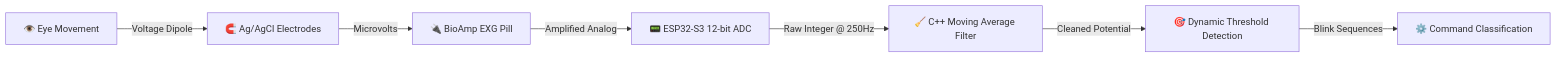
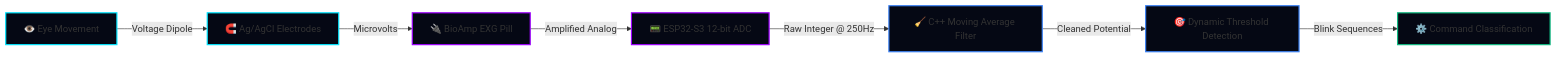
The first of 4 diagrams in README.md (developer-gaurang/NuroNode-AI), drawn with Mermaid before and after one commit. The commit also changed other lines of this file and 3 other files, not shown here.

Commit message:
docs: upgrade README with high-fidelity system architecture, animated HUD hero, and roadmap SVGs

````diff
--- a/README.md
+++ b/README.md
@@ -113,9 +88,16 @@
 ```mermaid
 graph LR
     Eye[👁️ Eye Movement] -->|Voltage Dipole| Elec[🧲 Ag/AgCl Electrodes]
     Elec -->|Microvolts| Amp[🔌 BioAmp EXG Pill]
     Amp -->|Amplified Analog| ADC[📟 ESP32-S3 12-bit ADC]
     ADC -->|Raw Integer @ 250Hz| Filter[🧹 C++ Moving Average Filter]
     Filter -->|Cleaned Potential| Detection[🎯 Dynamic Threshold Detection]
     Detection -->|Blink Sequences| Engine[⚙️ Command Classification]
+    style Eye fill:#050814,stroke:#00E5FF,stroke-width:2px;
+    style Elec fill:#050814,stroke:#00E5FF,stroke-width:2px;
+    style Amp fill:#050814,stroke:#9E00FF,stroke-width:2px;
+    style ADC fill:#050814,stroke:#9E00FF,stroke-width:2px;
+    style Filter fill:#050814,stroke:#3B82F6,stroke-width:2px;
+    style Detection fill:#050814,stroke:#3B82F6,stroke-width:2px;
+    style Engine fill:#050814,stroke:#10B981,stroke-width:2px;
 ```
````
